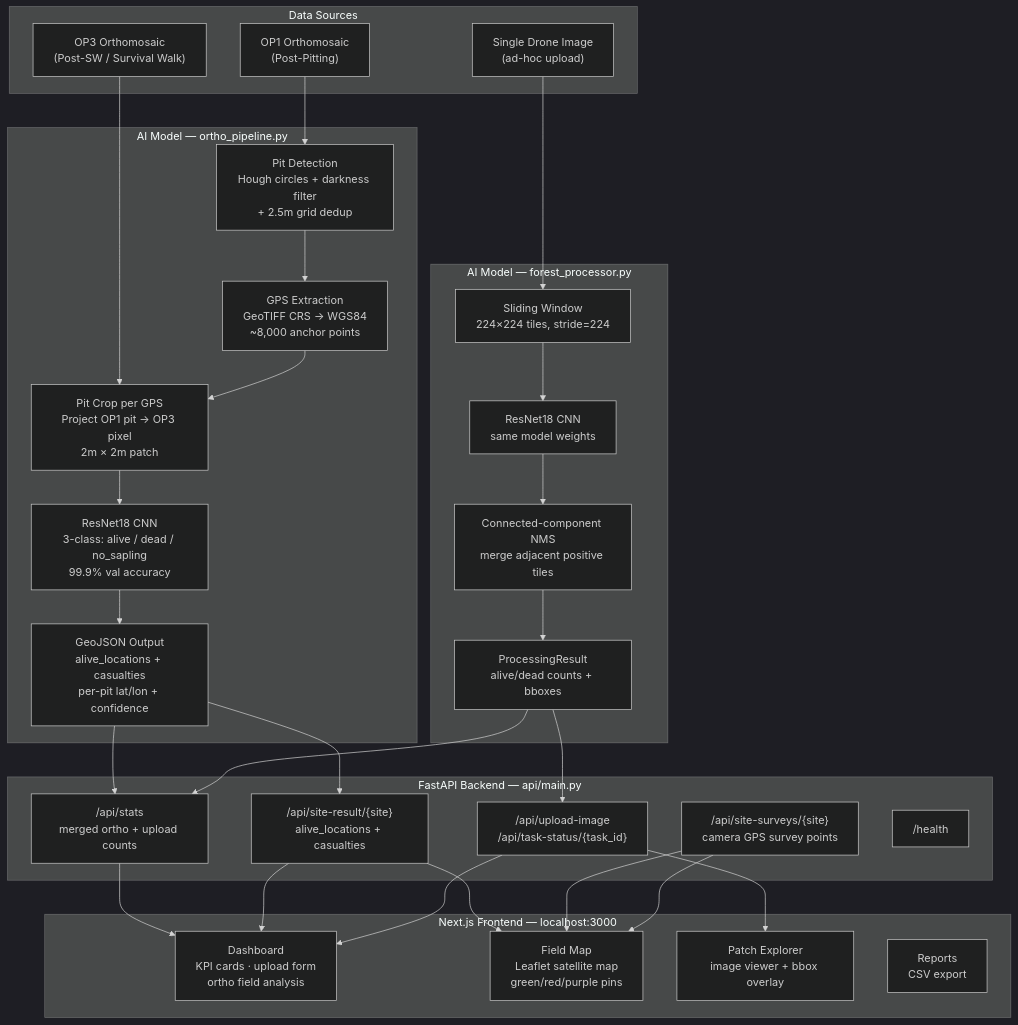
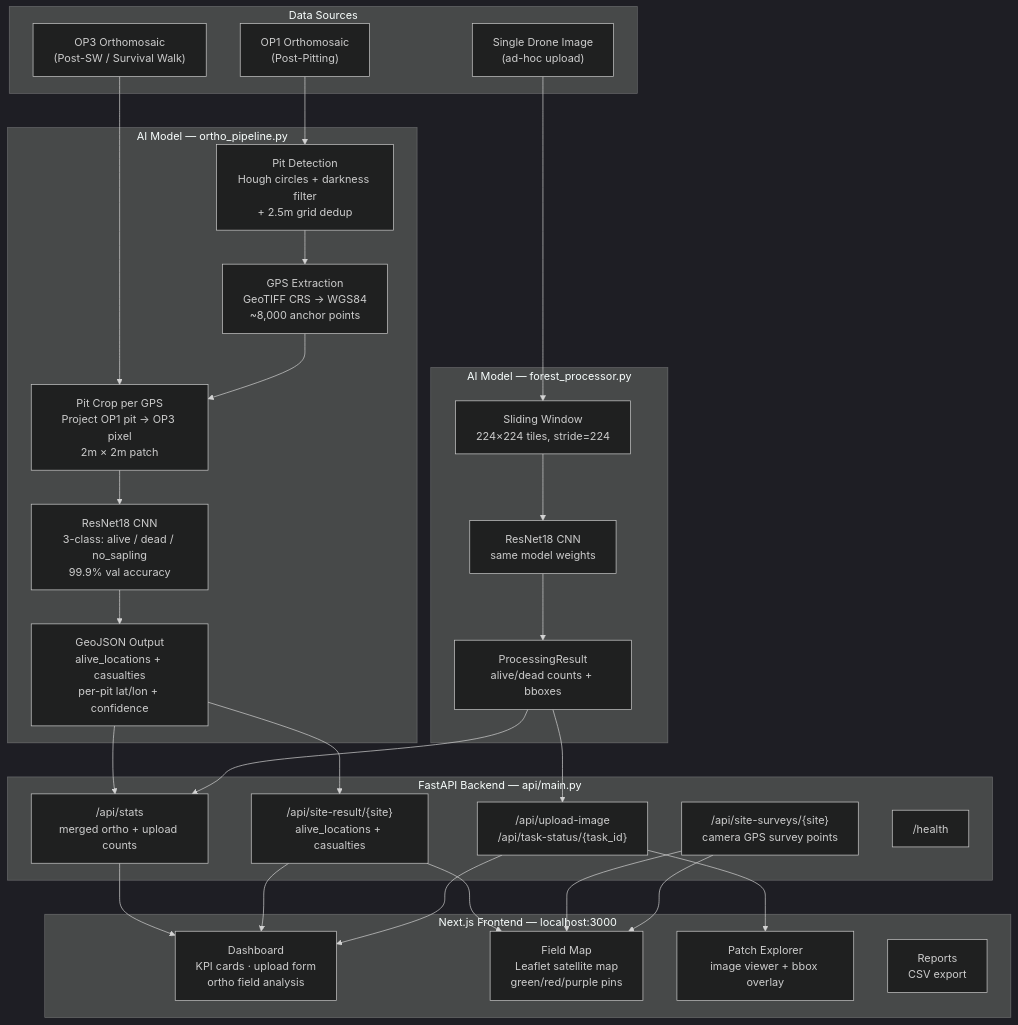
Before and after one commit to Vortex-16/VerdeScan: the diagram in README.md, drawn with Mermaid (dark theme). The commit also changed other lines of this file and 20 other files, not shown here.

````diff
--- a/README.md
+++ b/README.md
@@ -13,56 +13,56 @@
 ```mermaid
 flowchart TD
     subgraph DATA["Data Sources"]
         OP1["OP1 Orthomosaic\n(Post-Pitting)"]
         OP3["OP3 Orthomosaic\n(Post-SW / Survival Walk)"]
         UPLOAD["Single Drone Image\n(ad-hoc upload)"]
     end
 
     subgraph PIPELINE["AI Model — ortho_pipeline.py"]
         PIT["Pit Detection\nHough circles + darkness filter\n+ 2.5m grid dedup"]
         GPS["GPS Extraction\nGeoTIFF CRS → WGS84\n~8,000 anchor points"]
         CROP["Pit Crop per GPS\nProject OP1 pit → OP3 pixel\n2m × 2m patch"]
         CNN1["ResNet18 CNN\n3-class: alive / dead / no_sapling\n99.9% val accuracy"]
         GEOJSON["GeoJSON Output\nalive_locations + casualties\nper-pit lat/lon + confidence"]
     end
 
     subgraph UPLOAD_PIPELINE["AI Model — forest_processor.py"]
         SLIDE["Sliding Window\n224×224 tiles, stride=224"]
         CNN2["ResNet18 CNN\nsame model weights"]
-        NMS["Connected-component NMS\nmerge adjacent positive tiles"]
+
         RESULT["ProcessingResult\nalive/dead counts + bboxes"]
     end
 
     subgraph BACKEND["FastAPI Backend — api/main.py"]
         STATS["/api/stats\nmerged ortho + upload counts"]
         SITERESULT["/api/site-result/{site}\nalive_locations + casualties"]
         SURVEYS["/api/site-surveys/{site}\ncamera GPS survey points"]
         TASKAPI["/api/upload-image\n/api/task-status/{task_id}"]
         HEALTH["/health"]
     end
 
     subgraph FRONTEND["Next.js Frontend — localhost:3000"]
         DASH["Dashboard\nKPI cards · upload form\northo field analysis"]
         MAP["Field Map\nLeaflet satellite map\ngreen/red/purple pins"]
         EXPLORER["Patch Explorer\nimage viewer + bbox overlay"]
         REPORTS["Reports\nCSV export"]
     end
 
     OP1 --> PIT --> GPS
     OP3 --> CROP
     GPS --> CROP --> CNN1 --> GEOJSON
     GEOJSON --> SITERESULT
     GEOJSON --> STATS
 
-    UPLOAD --> SLIDE --> CNN2 --> NMS --> RESULT
+    UPLOAD --> SLIDE --> CNN2 --> RESULT
     RESULT --> TASKAPI
     RESULT --> STATS
 
     STATS --> DASH
     SITERESULT --> MAP
     SITERESULT --> DASH
     SURVEYS --> MAP
     TASKAPI --> DASH
     TASKAPI --> EXPLORER
     SURVEYS --> MAP
 ```
````
